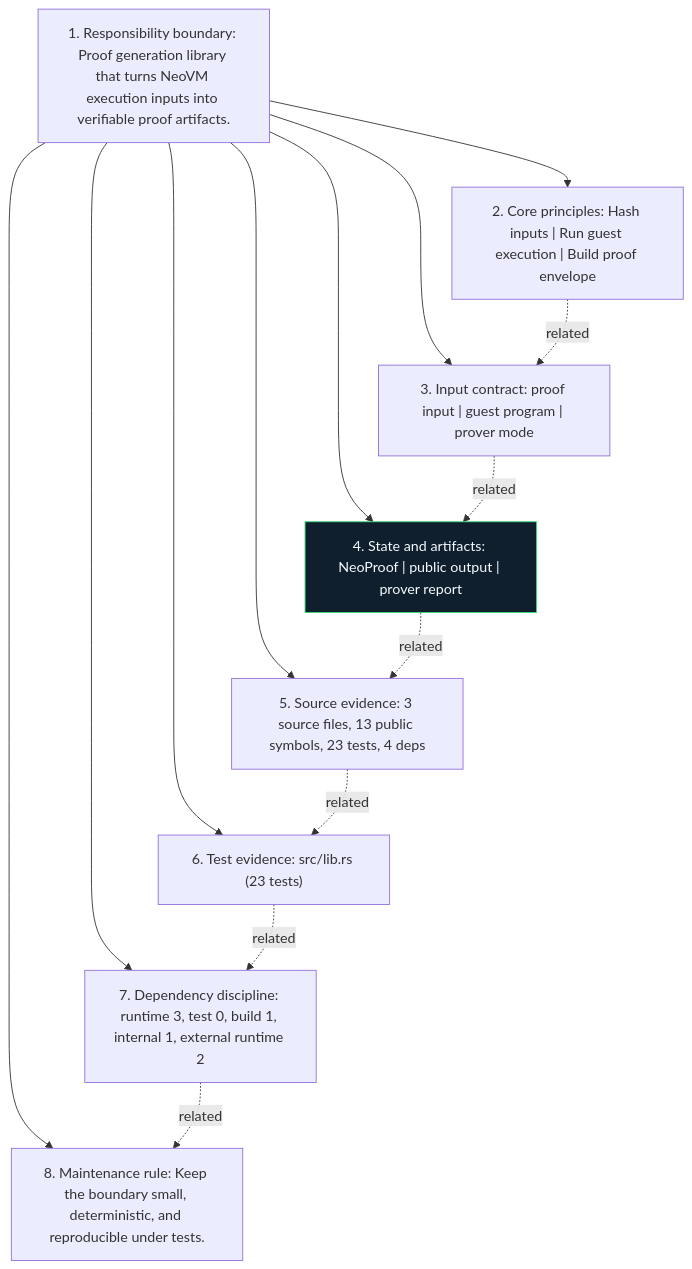
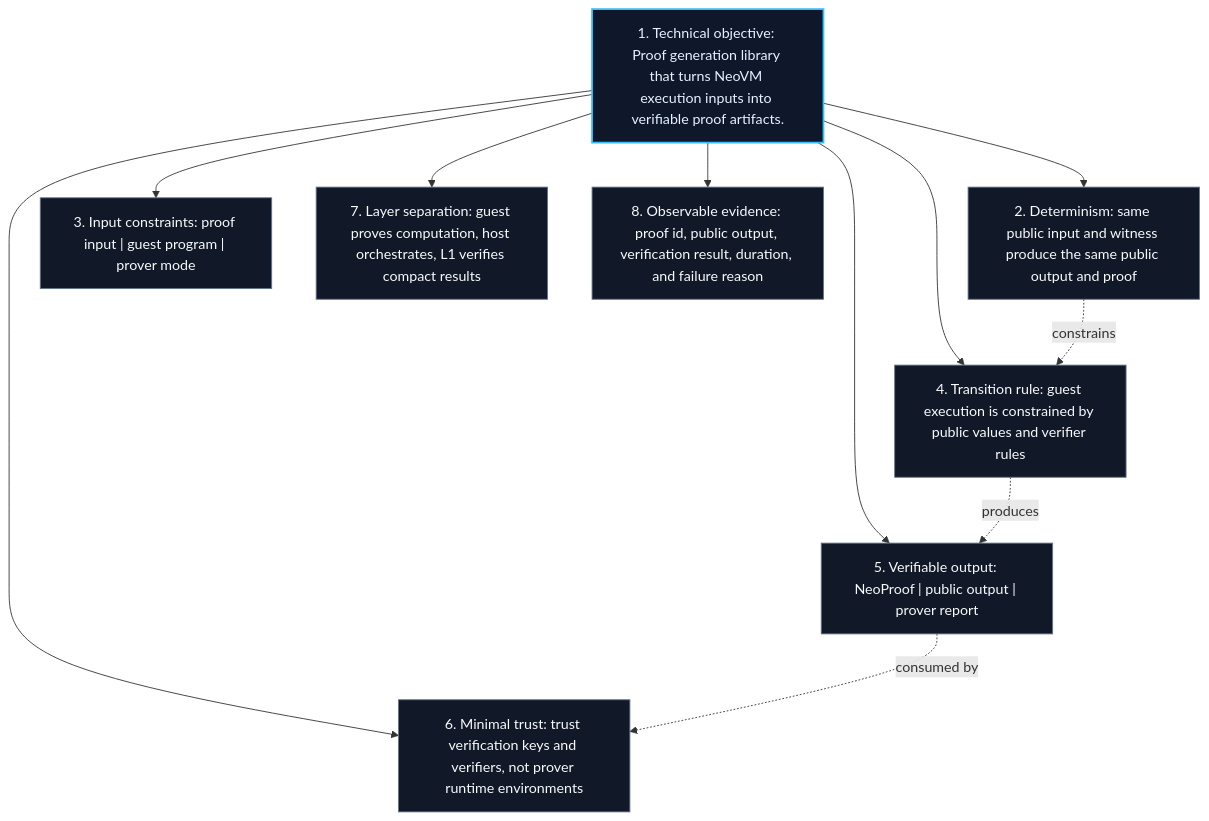
The diagram in crates/neo-zkvm-prover/docs/figures/principles.mmd (r3e-network/neo-zkvm), drawn with Mermaid before and after one commit. The commit also changed 447 other files, not shown here.

Commit message:
Replace crate diagrams with technical views

```diff
--- a/crates/neo-zkvm-prover/docs/figures/principles.mmd
+++ b/crates/neo-zkvm-prover/docs/figures/principles.mmd
@@ -1,24 +1,23 @@
 flowchart TB
-    N1["1. Responsibility boundary: Proof generation library that turns NeoVM execution inputs into verifiable proof artifacts."]
-    N2["2. Core principles: Hash inputs | Run guest execution | Build proof envelope"]
-    N3["3. Input contract: proof input | guest program | prover mode"]
-    N4["4. State and artifacts: NeoProof | public output | prover report"]
-    N5["5. Source evidence: 3 source files, 13 public symbols, 23 tests, 4 deps"]
-    N6["6. Test evidence: src/lib.rs (23 tests)"]
-    N7["7. Dependency discipline: runtime 3, test 0, build 1, internal 1, external runtime 2"]
-    N8["8. Maintenance rule: Keep the boundary small, deterministic, and reproducible under tests."]
+    N1["1. Technical objective: Proof generation library that turns NeoVM execution inputs into verifiable proof artifacts."]
+    N2["2. Determinism: same public input and witness produce the same public output and proof"]
+    N3["3. Input constraints: proof input | guest program | prover mode"]
+    N4["4. Transition rule: guest execution is constrained by public values and verifier rules"]
+    N5["5. Verifiable output: NeoProof | public output | prover report"]
+    N6["6. Minimal trust: trust verification keys and verifiers, not prover runtime environments"]
+    N7["7. Layer separation: guest proves computation, host orchestrates, L1 verifies compact results"]
+    N8["8. Observable evidence: proof id, public output, verification result, duration, and failure reason"]
     N1 --> N2
     N1 --> N3
     N1 --> N4
     N1 --> N5
     N1 --> N6
     N1 --> N7
     N1 --> N8
-    N2 -. related .-> N3
-    N3 -. related .-> N4
-    N4 -. related .-> N5
-    N5 -. related .-> N6
-    N6 -. related .-> N7
-    N7 -. related .-> N8
-    classDef crate fill:#101f2d,stroke:#38d978,color:#f6fbff
-    class N4 crate
+    N2 -. constrains .-> N4
+    N4 -. produces .-> N5
+    N5 -. consumed by .-> N6
+    classDef core fill:#0f172a,stroke:#38bdf8,color:#e5f2ff,stroke-width:2px;
+    classDef support fill:#111827,stroke:#64748b,color:#f8fafc;
+    class N1 core;
+    class N2,N3,N4,N5,N6,N7,N8 support;
```
